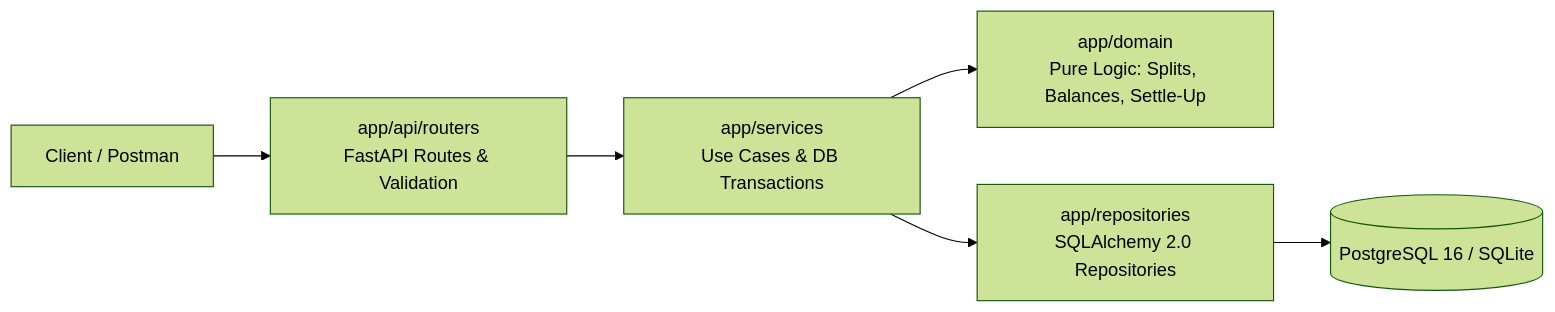
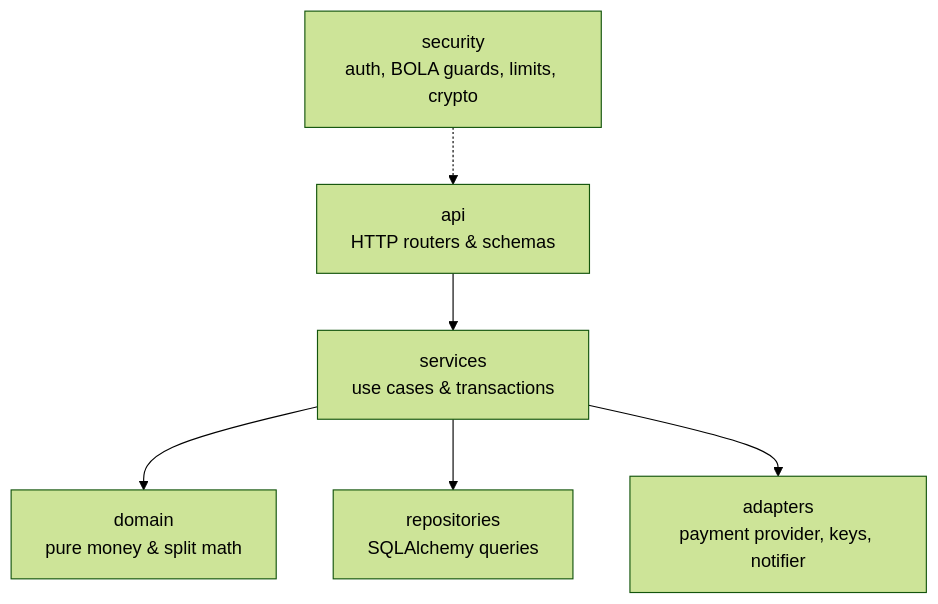
The sixth of 8 diagrams in README.md (AdityaP700/Akira), drawn with Mermaid (forest theme) before and after one commit. The commit also changed other lines of this file and 3 other files, not shown here.

````diff
--- a/README.md
+++ b/README.md
@@ -52,8 +313,8 @@
 ```mermaid
-flowchart LR
-    Client[Client / Postman] --> Routers[app/api/routers<br/>FastAPI Routes & Validation]
-    Routers --> Services[app/services<br/>Use Cases & DB Transactions]
-    Services --> Domain[app/domain<br/>Pure Logic: Splits, Balances, Settle-Up]
-    Services --> Repos[app/repositories<br/>SQLAlchemy 2.0 Repositories]
-    Repos --> DB[(PostgreSQL 16 / SQLite)]
+flowchart TD
+    API["api<br/>HTTP routers & schemas"] --> SVC["services<br/>use cases & transactions"]
+    SVC --> DOM["domain<br/>pure money & split math"]
+    SVC --> REPO["repositories<br/>SQLAlchemy queries"]
+    SVC --> ADP["adapters<br/>payment provider, keys, notifier"]
+    SEC["security<br/>auth, BOLA guards, limits, crypto"] -.-> API
 ```
````
